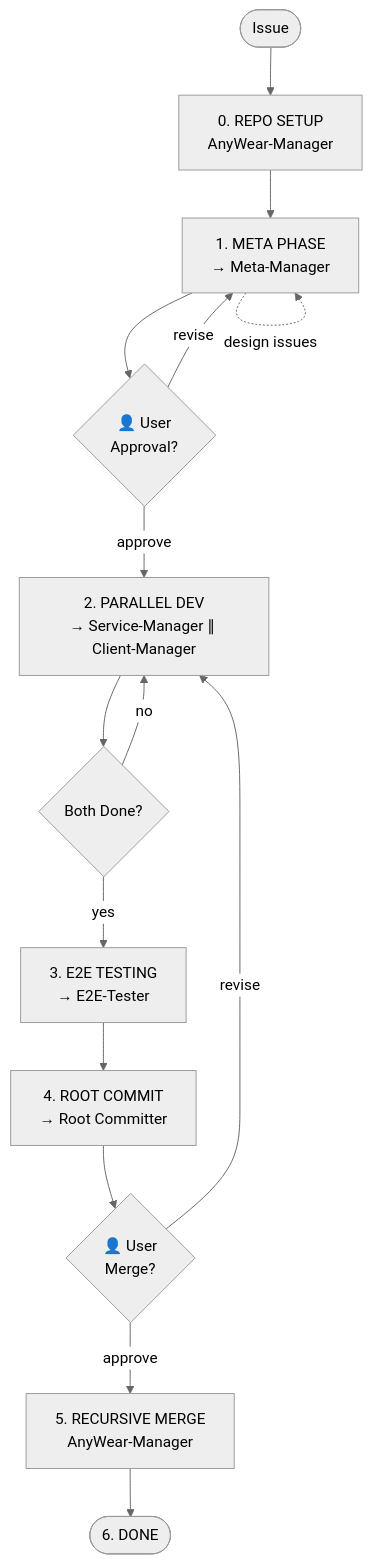
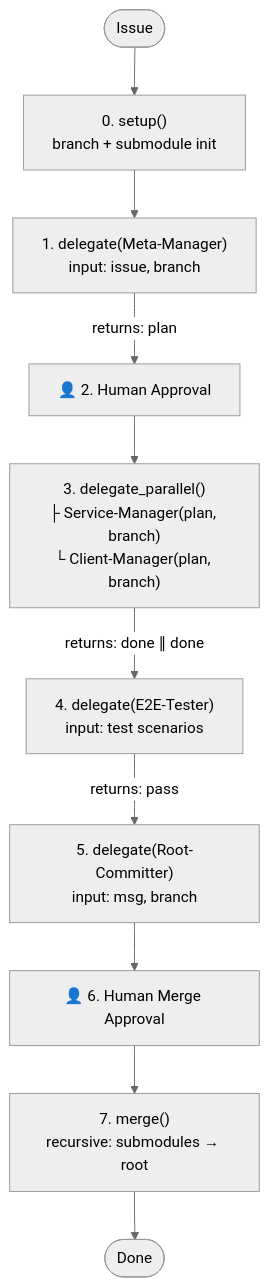
Before and after one commit to git-malu/AnyWear-E2E: the diagram in .opencode/agents/anywear-manager.md, drawn with Mermaid (neutral theme).

Commit message:
更新 anywear manager

````diff
--- a/.opencode/agents/anywear-manager.md
+++ b/.opencode/agents/anywear-manager.md
@@ -36,19 +36,19 @@
 ```mermaid
 flowchart TD
     START(["Issue"])
-    START --> SETUP["0. REPO SETUP<br/>AnyWear-Manager"]
-    SETUP --> META["1. META PHASE<br/>→ Meta-Manager"]
-    META -.->|design issues| META
-    META --> USER_APPROVAL{"👤 User<br/>Approval?"}
-    USER_APPROVAL -->|revise| META
-    USER_APPROVAL -->|approve| PARALLEL["2. PARALLEL DEV<br/>→ Service-Manager ∥ Client-Manager"]
 
-    PARALLEL --> JOIN{"Both Done?"}
-    JOIN -->|no| PARALLEL
-    JOIN -->|yes| E2E["3. E2E TESTING<br/>→ E2E-Tester"]
-    E2E --> COMMIT["4. ROOT COMMIT<br/>→ Root Committer"]
-    COMMIT --> MERGE_APPROVAL{"👤 User<br/>Merge?"}
-    MERGE_APPROVAL -->|revise| PARALLEL
-    MERGE_APPROVAL -->|approve| MERGE["5. RECURSIVE MERGE<br/>AnyWear-Manager"]
-    MERGE --> DONE(["6. DONE"])
+    START --> S0["0. setup()<br/>branch + submodule init"]
+
+    S0 --> S1["1. delegate(Meta-Manager)<br/>input: issue, branch"]
+    S1 -- "returns: plan" --> G1["👤 2. Human Approval"]
+
+    G1 --> S2["3. delegate_parallel()<br/>├ Service-Manager(plan, branch)<br/>└ Client-Manager(plan, branch)"]
+    S2 -- "returns: done ∥ done" --> S3["4. delegate(E2E-Tester)<br/>input: test scenarios"]
+
+    S3 -- "returns: pass" --> S4["5. delegate(Root-Committer)<br/>input: msg, branch"]
+
+    S4 --> G2["👤 6. Human Merge Approval"]
+
+    G2 --> S5["7. merge()<br/>recursive: submodules → root"]
+    S5 --> DONE(["Done"])
 ```
````
